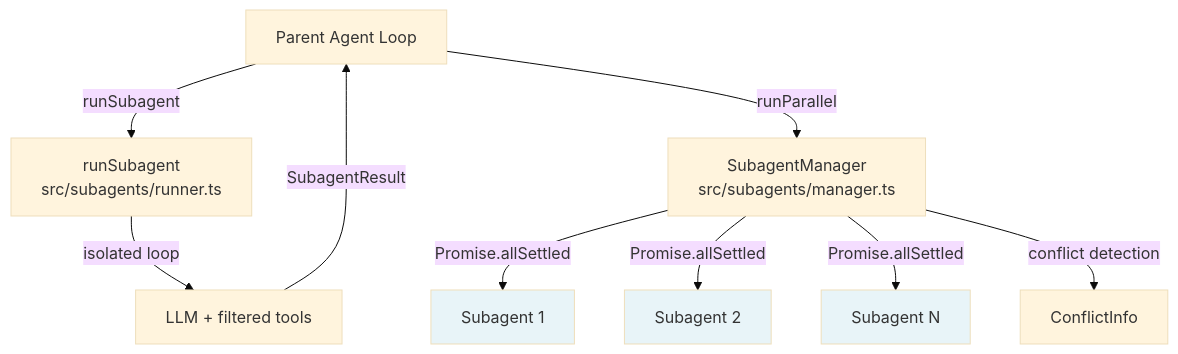
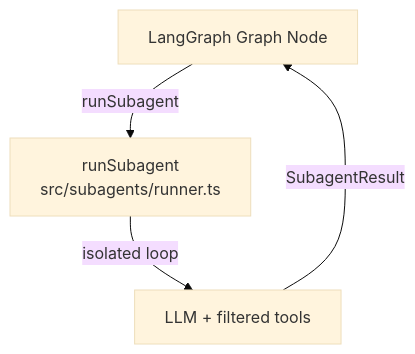
Before and after one commit to huberp/agentloop: the third of 7 diagrams in docs/architecture.md, drawn with Mermaid (base theme). The commit also changed other lines of this file and 26 other files, not shown here.

First line of the commit message:
refactor: remove orchestrator and subagent manager files; streamline execution flow

````diff
--- a/docs/architecture.md
+++ b/docs/architecture.md
@@ -111,15 +111,6 @@
 ```mermaid
 graph TD
-    Parent[Parent Agent Loop] -->|runSubagent| SubRunner[runSubagent<br>src/subagents/runner.ts]
-    Parent -->|runParallel| SubMgr[SubagentManager<br>src/subagents/manager.ts]
-    SubMgr -->|Promise.allSettled| S1[Subagent 1]
-    SubMgr -->|Promise.allSettled| S2[Subagent 2]
-    SubMgr -->|Promise.allSettled| SN[Subagent N]
-    SubMgr -->|conflict detection| ConflictInfo[ConflictInfo]
+    Parent[LangGraph Graph Node] -->|runSubagent| SubRunner[runSubagent<br>src/subagents/runner.ts]
     SubRunner -->|isolated loop| IsolatedLLM[LLM + filtered tools]
     IsolatedLLM -->|SubagentResult| Parent
-
-    style S1 fill:#e8f4f8
-    style S2 fill:#e8f4f8
-    style SN fill:#e8f4f8
 ```
````
